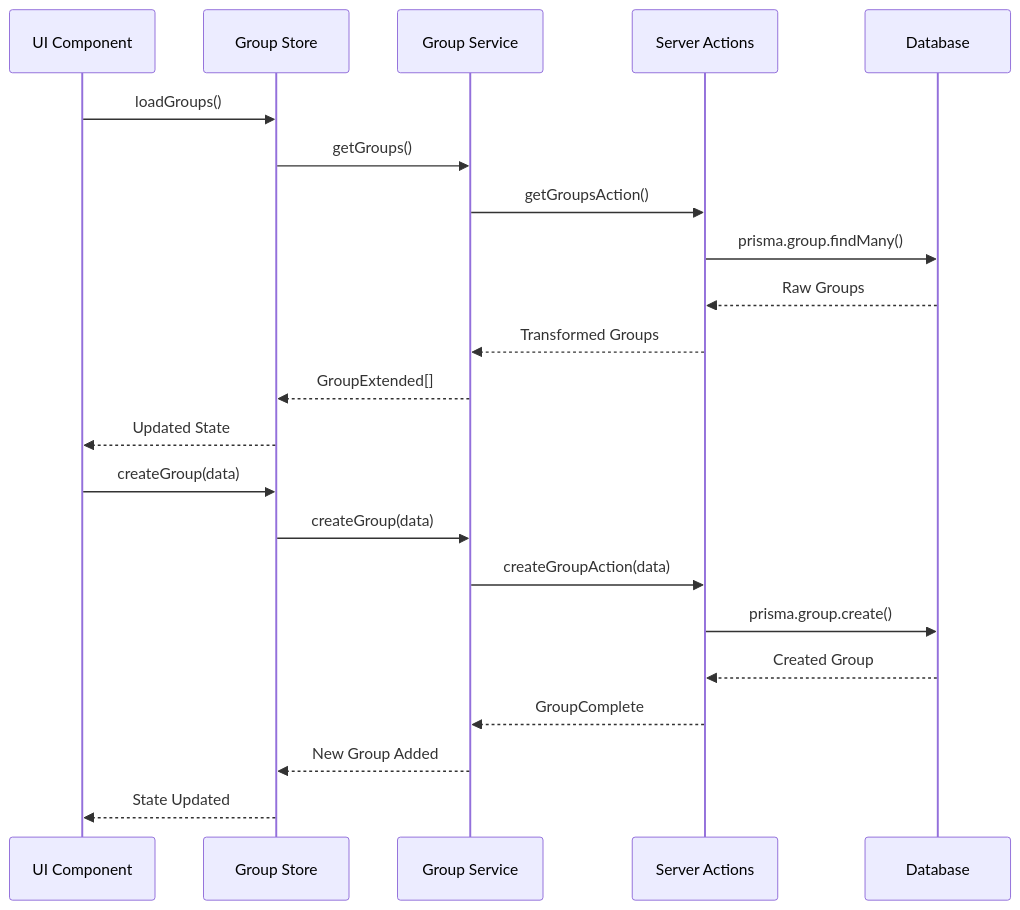
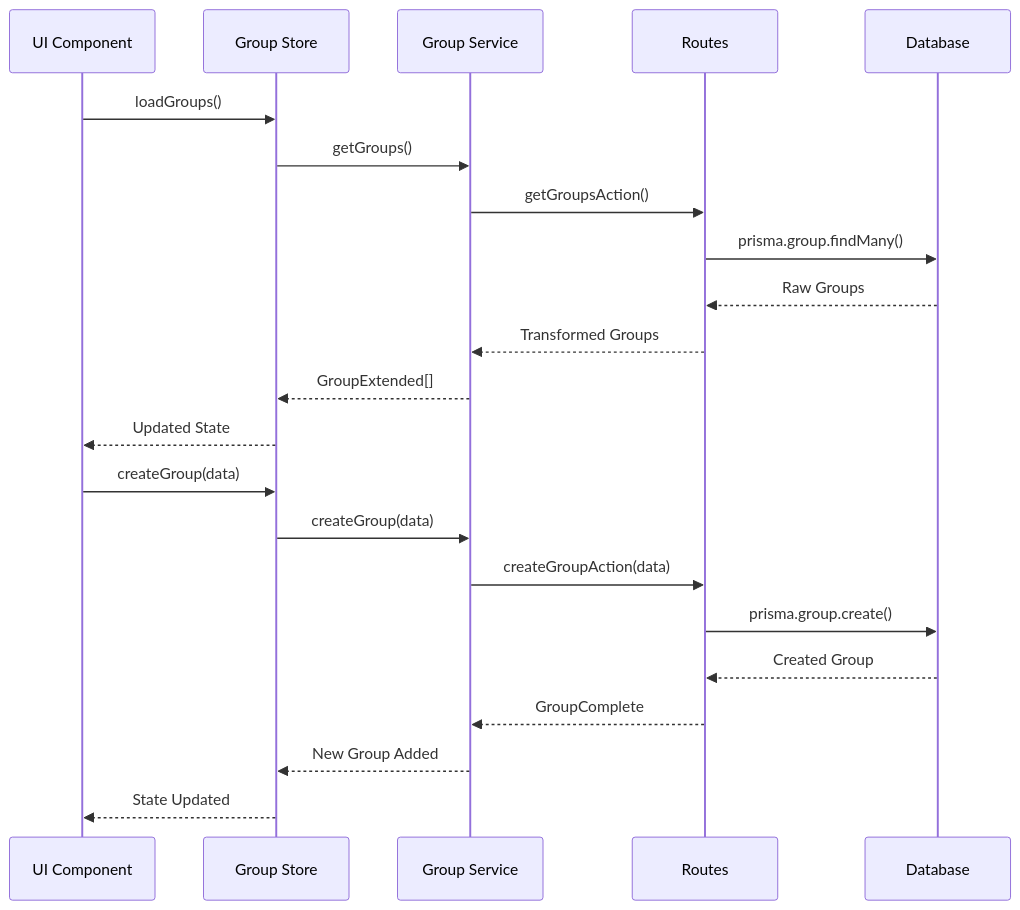
Before and after one commit to gvastethecreator/media-manager: the second of 3 diagrams in src/store/entities/group/README.md, drawn with Mermaid. The commit also changed other lines of this file and 98 other files, not shown here.

Commit message:
docs: initialize comprehensive architectural documentation and component-level README files across the repository.

````diff
--- a/src/store/entities/group/README.md
+++ b/src/store/entities/group/README.md
@@ -118,26 +120,26 @@
 ```mermaid
 sequenceDiagram
     participant UI as UI Component
     participant Store as Group Store
     participant Service as Group Service
-    participant API as Server Actions
+    participant API as Routes
     participant DB as Database
 
     UI->>Store: loadGroups()
     Store->>Service: getGroups()
     Service->>API: getGroupsAction()
     API->>DB: prisma.group.findMany()
     DB-->>API: Raw Groups
     API-->>Service: Transformed Groups
     Service-->>Store: GroupExtended[]
     Store-->>UI: Updated State
 
     UI->>Store: createGroup(data)
     Store->>Service: createGroup(data)
     Service->>API: createGroupAction(data)
     API->>DB: prisma.group.create()
     DB-->>API: Created Group
     API-->>Service: GroupComplete
     Service-->>Store: New Group Added
     Store-->>UI: State Updated
 ```
````
